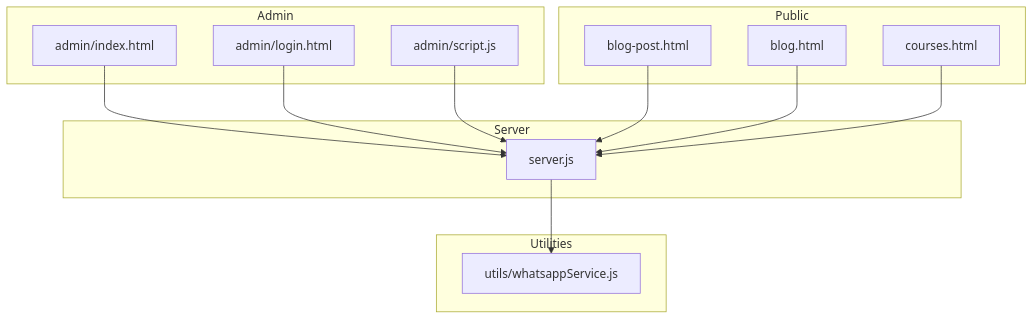
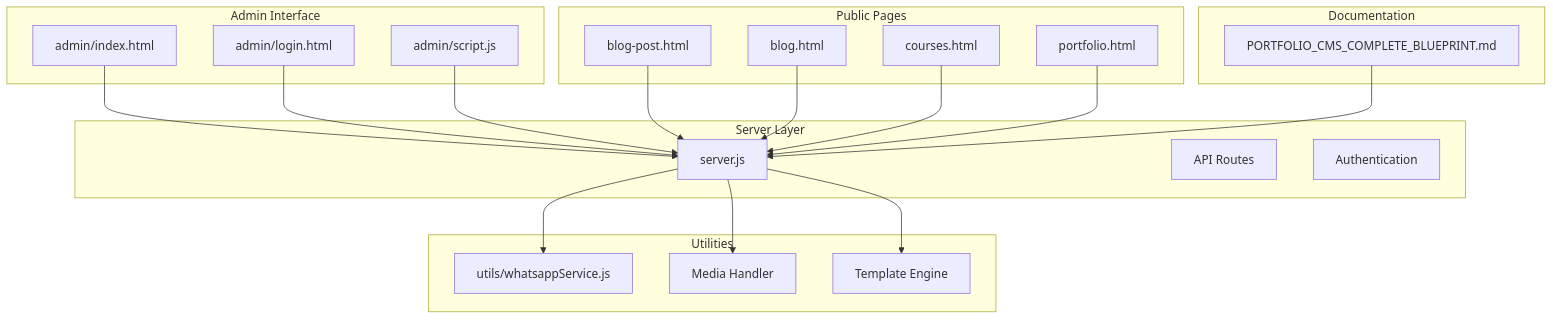
One commit to Dunstun2/GeniusMind-Home-Schooling changed the first of 3 diagrams in .qoder/repowiki/en/content/Administrative Interface/Content Management Features.md. Above: the diagram before and after it, drawn with Mermaid. The commit also changed other lines of this file and 42 other files, not shown here.

````diff
--- a/.qoder/repowiki/en/content/Administrative Interface/Content Management Features.md
+++ b/.qoder/repowiki/en/content/Administrative Interface/Content Management Features.md
@@ -49,26 +63,38 @@
 ```mermaid
 graph TB
-subgraph "Admin"
+subgraph "Admin Interface"
 A_Index["admin/index.html"]
 A_Login["admin/login.html"]
 A_Script["admin/script.js"]
 end
-subgraph "Public"
+subgraph "Public Pages"
 P_BlogPost["blog-post.html"]
 P_Blog["blog.html"]
 P_Courses["courses.html"]
+P_Portfolio["portfolio.html"]
 end
-subgraph "Server"
+subgraph "Server Layer"
 S_Server["server.js"]
+S_API["API Routes"]
+S_Auth["Authentication"]
 end
 subgraph "Utilities"
 U_WhatsApp["utils/whatsappService.js"]
+U_Media["Media Handler"]
+U_Templates["Template Engine"]
+end
+subgraph "Documentation"
+D_Blueprint["PORTFOLIO_CMS_COMPLETE_BLUEPRINT.md"]
 end
 A_Index --> S_Server
 A_Login --> S_Server
 A_Script --> S_Server
 P_BlogPost --> S_Server
 P_Blog --> S_Server
 P_Courses --> S_Server
+P_Portfolio --> S_Server
 S_Server --> U_WhatsApp
+S_Server --> U_Media
+S_Server --> U_Templates
+D_Blueprint --> S_Server
 ```
````
